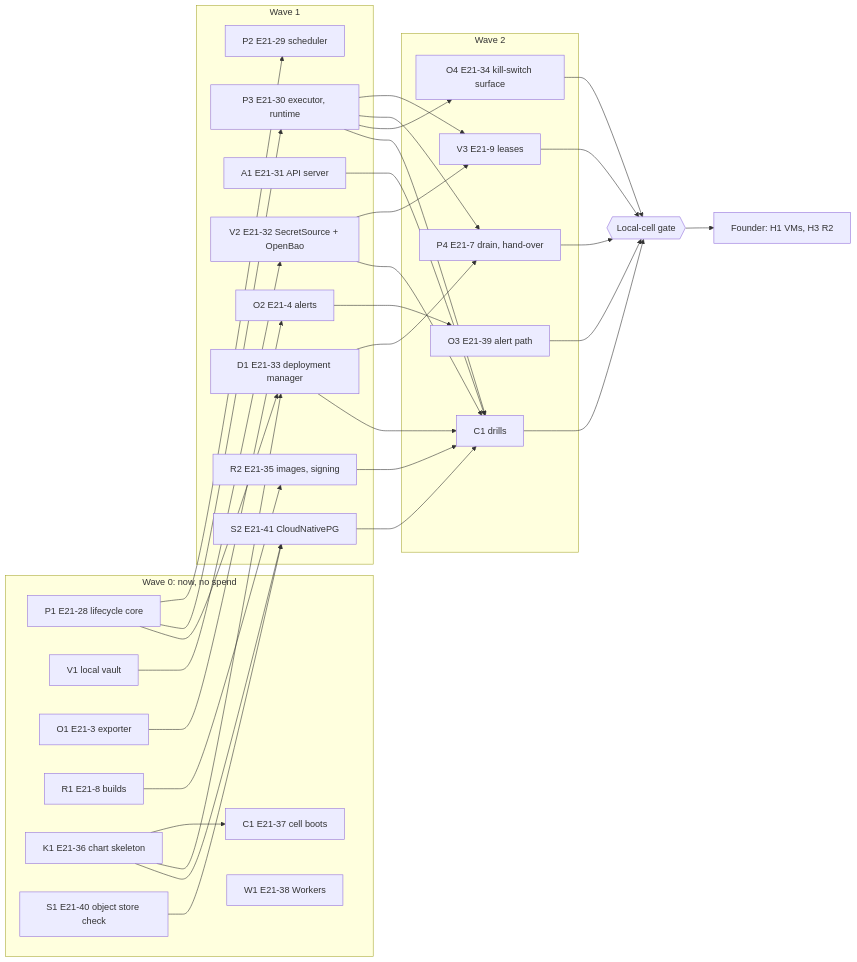
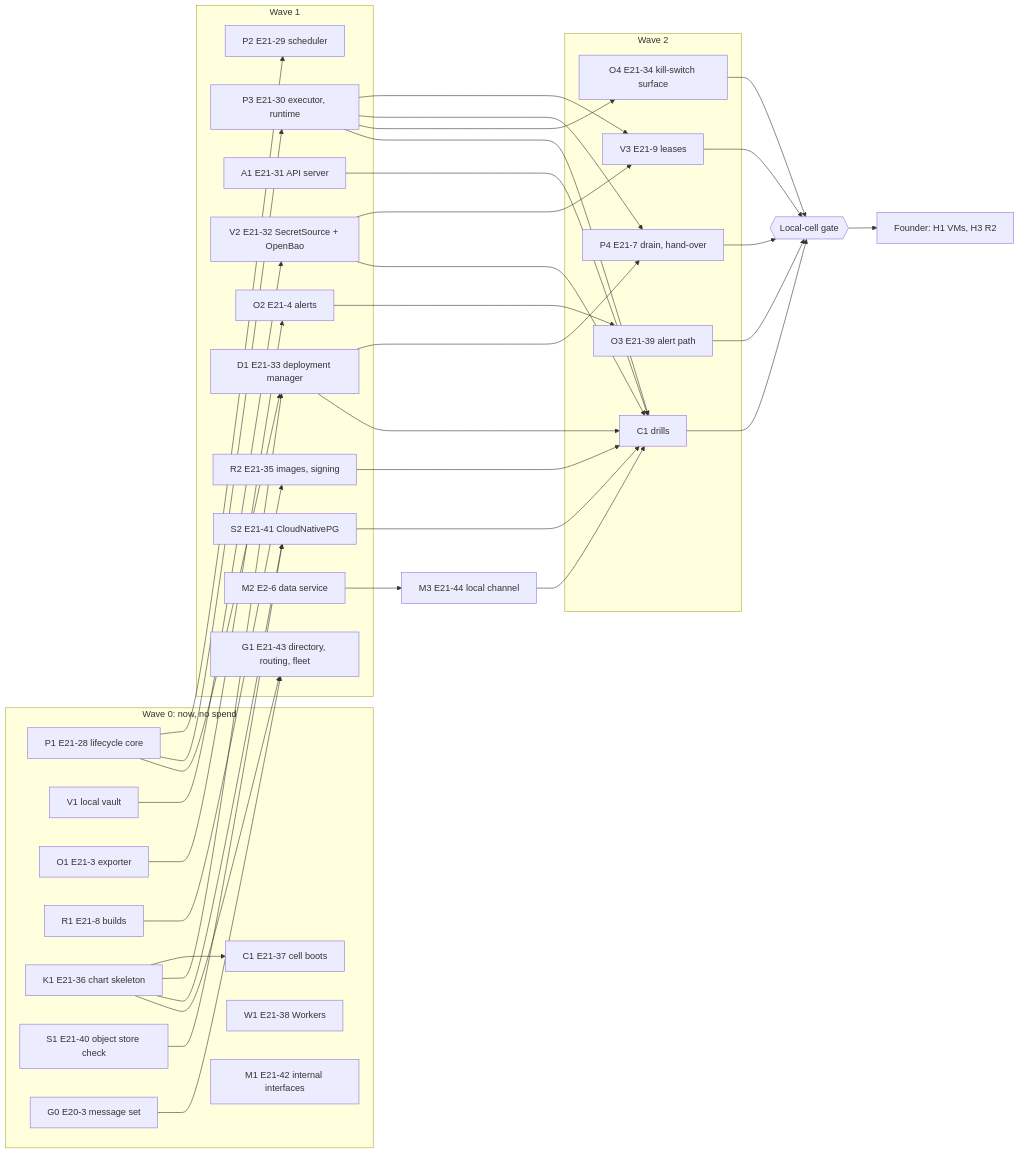
One commit to kunwarshivam/mandate changed the diagram in docs/project/tasks/managed-cells.md. Above: the diagram before and after it, drawn with Mermaid. The commit also changed other lines of this file and 2 other files, not shown here.

````diff
--- a/docs/project/tasks/managed-cells.md
+++ b/docs/project/tasks/managed-cells.md
@@ -212,47 +247,54 @@
 ```mermaid
 flowchart LR
     subgraph W0["Wave 0: now, no spend"]
         P1["P1 E21-28 lifecycle core"]
         V1["V1 local vault"]
         O1["O1 E21-3 exporter"]
         R1["R1 E21-8 builds"]
         K1["K1 E21-36 chart skeleton"]
         C1a["C1 E21-37 cell boots"]
         W1["W1 E21-38 Workers"]
         S1["S1 E21-40 object store check"]
+        M1["M1 E21-42 internal interfaces"]
+        G0["G0 E20-3 message set"]
     end
     subgraph W1g["Wave 1"]
         P2["P2 E21-29 scheduler"]
         P3["P3 E21-30 executor, runtime"]
         A1["A1 E21-31 API server"]
         V2["V2 E21-32 SecretSource + OpenBao"]
         D1["D1 E21-33 deployment manager"]
         O2["O2 E21-4 alerts"]
         R2["R2 E21-35 images, signing"]
         S2["S2 E21-41 CloudNativePG"]
+        M2["M2 E2-6 data service"]
+        G1["G1 E21-43 directory, routing, fleet"]
     end
     subgraph W2["Wave 2"]
         P4["P4 E21-7 drain, hand-over"]
         V3["V3 E21-9 leases"]
         O3["O3 E21-39 alert path"]
         O4["O4 E21-34 kill-switch surface"]
         C1b["C1 drills"]
     end
     G{{"Local-cell gate"}}
     H["Founder: H1 VMs, H3 R2"]
     P1 --> P2 & P3 & D1
     V1 --> V2 --> V3
     P3 --> V3
     O1 --> O2 --> O3
     R1 --> R2
     K1 --> C1a
     K1 --> D1
     S1 --> S2
     K1 --> S2
     S2 --> C1b
+    M2 --> M3["M3 E21-44 local channel"] --> C1b
+    G0 --> G1
+    K1 --> G1
     P3 --> P4
     D1 --> P4
     P3 --> O4
     P3 & A1 & V2 & D1 & R2 --> C1b
     P4 & V3 & O3 & O4 & C1b --> G --> H
 ```
````
